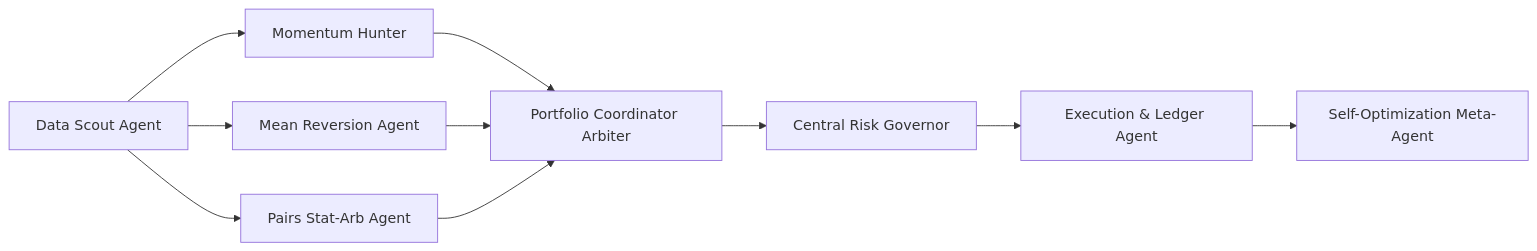
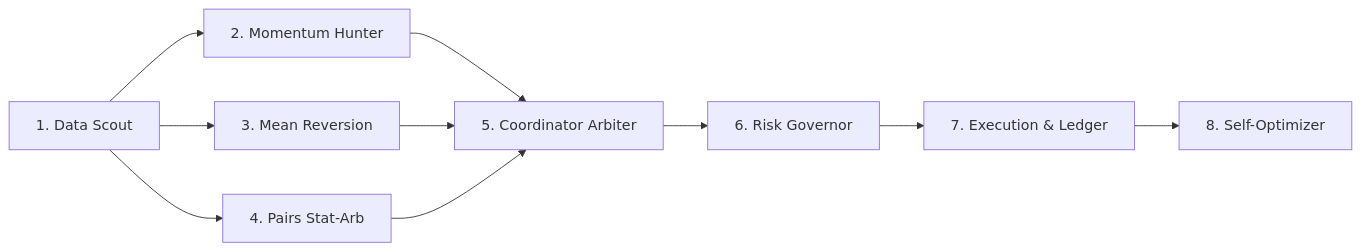
The diagram in PRESENTATION.md (iShmuel/web4-trading-agent), drawn with Mermaid before and after one commit. The commit also changed other lines of this file and 1 other file, not shown here.

````diff
--- a/PRESENTATION.md
+++ b/PRESENTATION.md
@@ -100,12 +112,12 @@
 ```mermaid
 flowchart LR
-    A[Data Scout Agent] --> B[Momentum Hunter]
-    A --> C[Mean Reversion Agent]
-    A --> D[Pairs Stat-Arb Agent]
-    B --> E[Portfolio Coordinator Arbiter]
+    A[1. Data Scout] --> B[2. Momentum Hunter]
+    A --> C[3. Mean Reversion]
+    A --> D[4. Pairs Stat-Arb]
+    B --> E[5. Coordinator Arbiter]
     C --> E
     D --> E
-    E --> F[Central Risk Governor]
-    F --> G[Execution & Ledger Agent]
-    G --> H[Self-Optimization Meta-Agent]
+    E --> F[6. Risk Governor]
+    F --> G[7. Execution & Ledger]
+    G --> H[8. Self-Optimizer]
 ```
````
